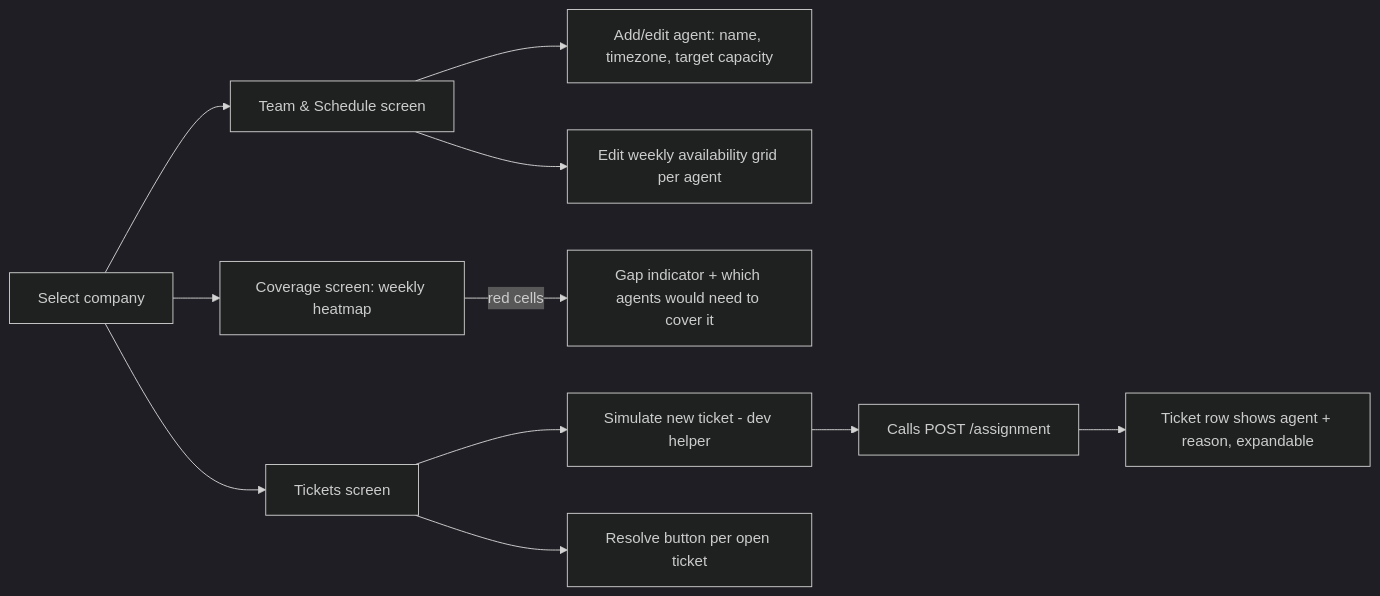
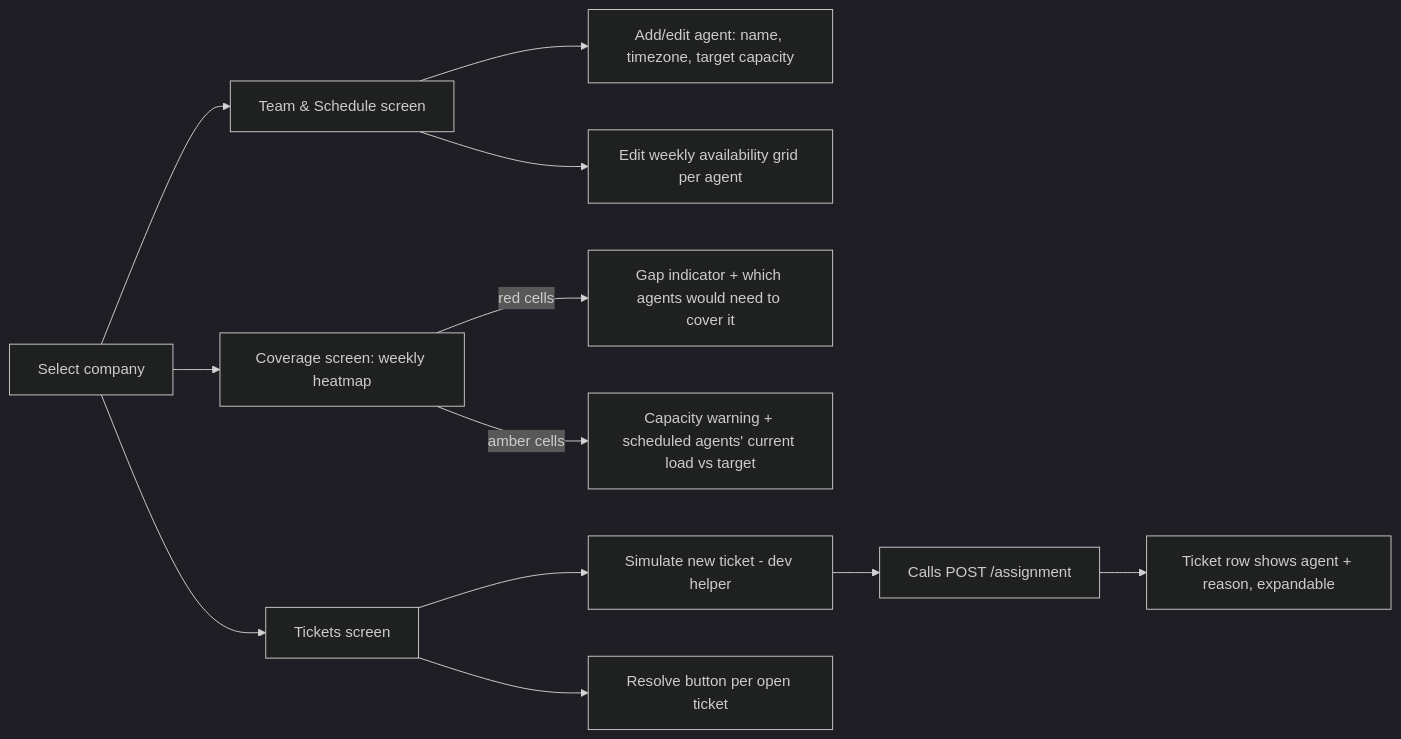
The second of 2 diagrams in implementation.md (deekshant4758/support-ticket-assignment), drawn with Mermaid (dark theme) before and after one commit. The commit also changed other lines of this file, not shown here.

Commit message:
Update: Refine active ticket count logic, enhance availability checks, and add capacity warnings to coverage grid

````diff
--- a/implementation.md
+++ b/implementation.md
@@ -332,13 +392,14 @@
 ```mermaid
 flowchart LR
     A[Select company] --> B[Team & Schedule screen]
     B --> C[Add/edit agent: name, timezone, target capacity]
     B --> D[Edit weekly availability grid per agent]
     A --> E[Coverage screen: weekly heatmap]
     E -->|red cells| F[Gap indicator + which agents would need to cover it]
+    E -->|amber cells| F2[Capacity warning + scheduled agents' current load vs target]
     A --> G[Tickets screen]
     G --> H[Simulate new ticket - dev helper]
     H --> I[Calls POST /assignment]
     I --> J[Ticket row shows agent + reason, expandable]
     G --> K[Resolve button per open ticket]
 ```
````
